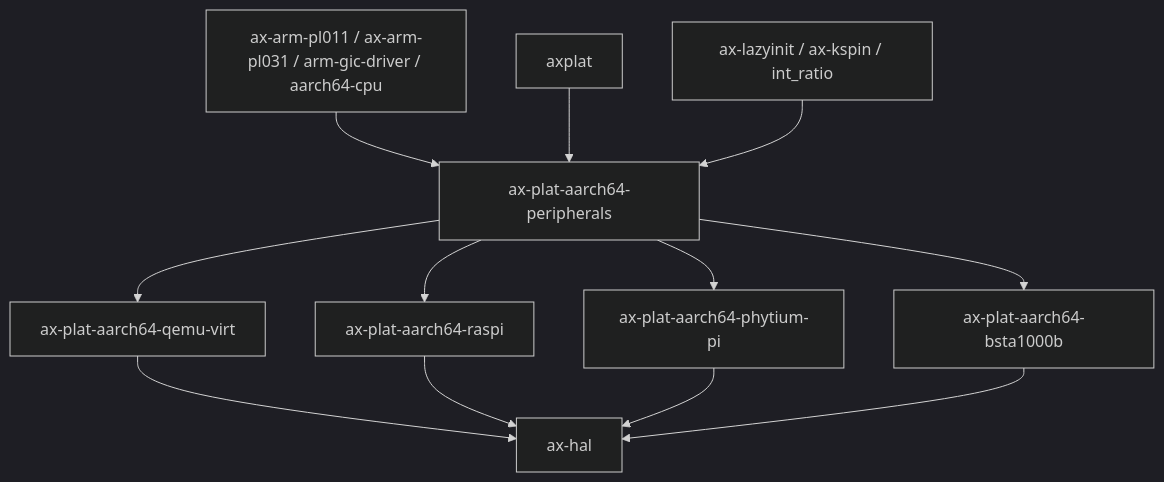
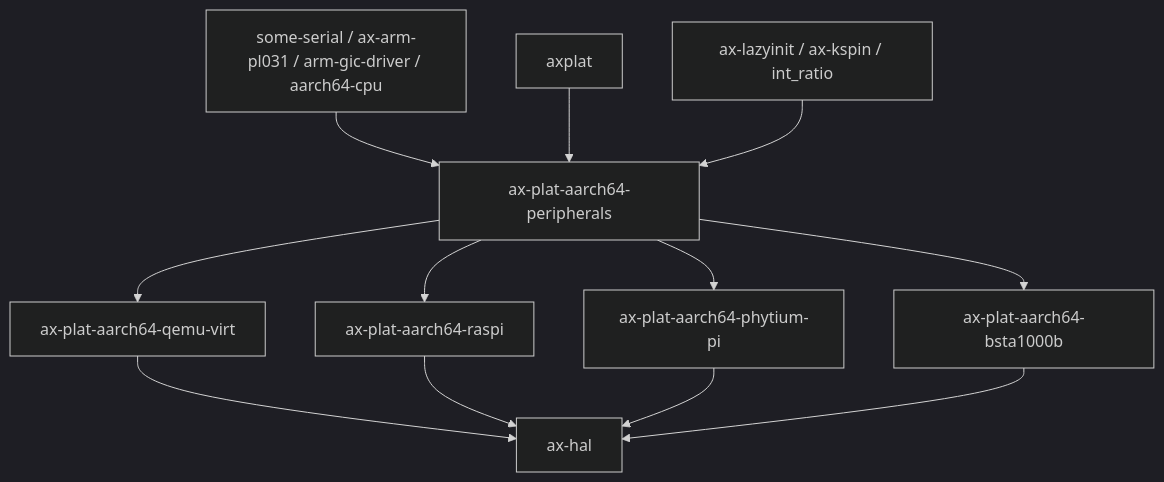
The second of 2 diagrams in docs/docs/components/crates/ax-plat-aarch64-peripherals.md (rcore-os/tgoskits), drawn with Mermaid (dark theme) before and after one commit. The commit also changed other lines of this file and 58 other files, not shown here.

First line of the commit message:
Remove ARM PL011 UART driver and integrate DesignWare APB UART support

````diff
--- a/docs/docs/components/crates/ax-plat-aarch64-peripherals.md
+++ b/docs/docs/components/crates/ax-plat-aarch64-peripherals.md
@@ -180,15 +180,15 @@
 ```mermaid
 graph TD
-    A[ax-arm-pl011 / ax-arm-pl031 / arm-gic-driver / aarch64-cpu] --> B[ax-plat-aarch64-peripherals]
+    A[some-serial / ax-arm-pl031 / arm-gic-driver / aarch64-cpu] --> B[ax-plat-aarch64-peripherals]
     C[axplat] --> B
     D[ax-lazyinit / ax-kspin / int_ratio] --> B
 
     B --> E[ax-plat-aarch64-qemu-virt]
     B --> F[ax-plat-aarch64-raspi]
     B --> G[ax-plat-aarch64-phytium-pi]
     B --> H[ax-plat-aarch64-bsta1000b]
     E --> I[ax-hal]
     F --> I
     G --> I
     H --> I
 ```
````
